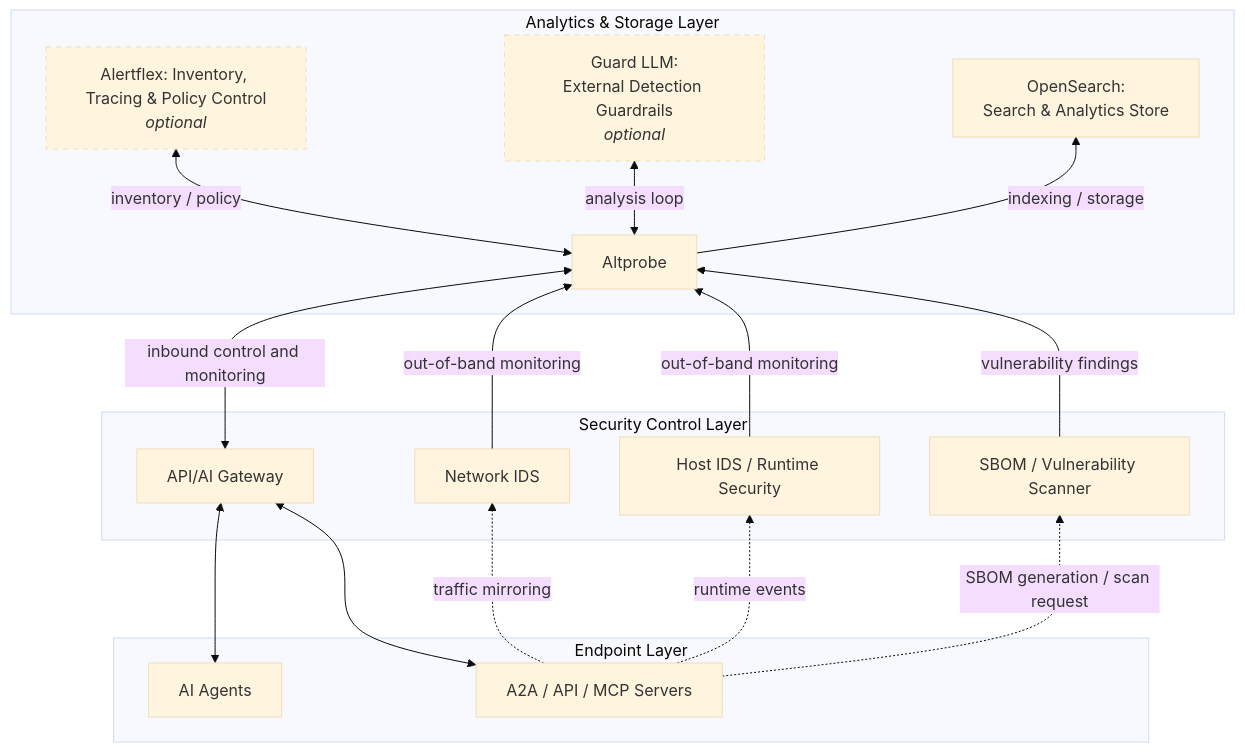
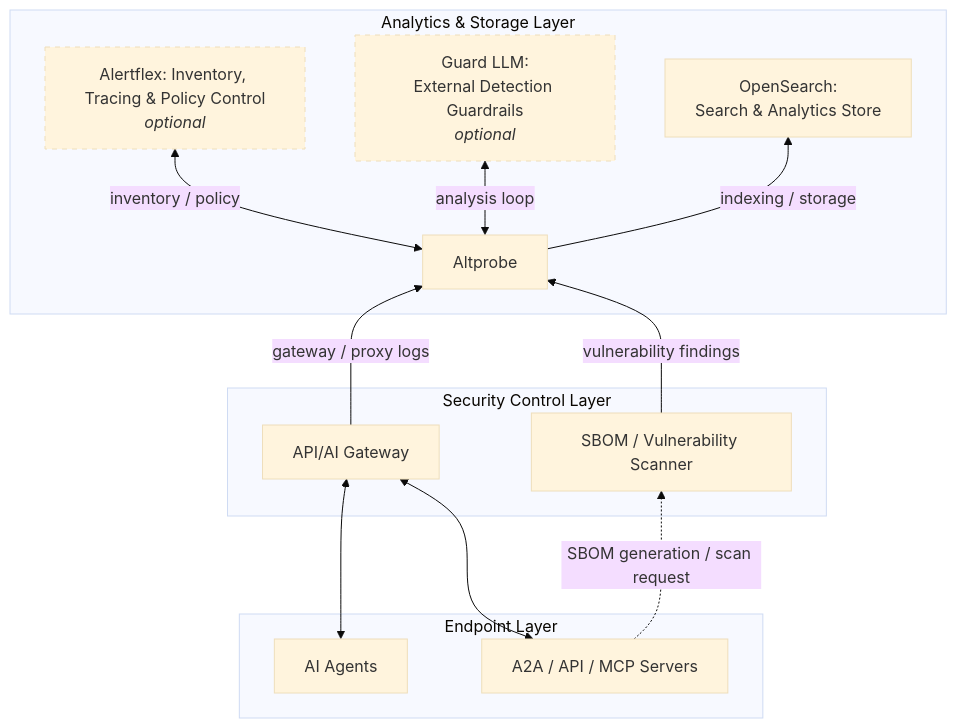
Before and after one commit to olegzhr/altprobe: the first of 2 diagrams in README.md, drawn with Mermaid (base theme). The commit also changed other lines of this file and 413 other files, not shown here.

````diff
--- a/README.md
+++ b/README.md
@@ -32,40 +37,34 @@
 ```mermaid
 flowchart BT
     subgraph L1["Endpoint Layer"]
         AI["AI Agents"]
         MCP["A2A / API / MCP Servers"]
     end
 
     subgraph L2["Security Control Layer"]
         PROXY["API/AI Gateway"]
-        SUR["Network IDS"]
-        FALCO["Host IDS / Runtime Security"]
         TRIVY["SBOM / Vulnerability Scanner"]
     end
 
     subgraph L3["Analytics & Storage Layer"]
         ALT["Altprobe"]
         AFX["Alertflex: Inventory, Tracing & Policy Control<br/><i>optional</i>"]
         GLLM["Guard LLM:<br/>External Detection Guardrails<br/><i>optional</i>"]
         OS["OpenSearch:<br/>Search & Analytics Store"]
     end
 
     AI <--> PROXY
     MCP <--> PROXY
 
-    MCP -.->|traffic mirroring| SUR
-    MCP -.->|runtime events| FALCO
     MCP -.->|SBOM generation / scan request| TRIVY
 
-    PROXY <-->|inbound control and monitoring| ALT
-    SUR -->|out-of-band monitoring| ALT
-    FALCO -->|out-of-band monitoring| ALT
+    PROXY -->|gateway / proxy logs| ALT
     TRIVY -->|vulnerability findings| ALT
 
     ALT <-->|inventory / policy| AFX
     ALT <-->|analysis loop| GLLM
     ALT -->|indexing / storage| OS
 
     classDef optional stroke-dasharray: 5 5
     class AFX,GLLM optional
 ```
````
